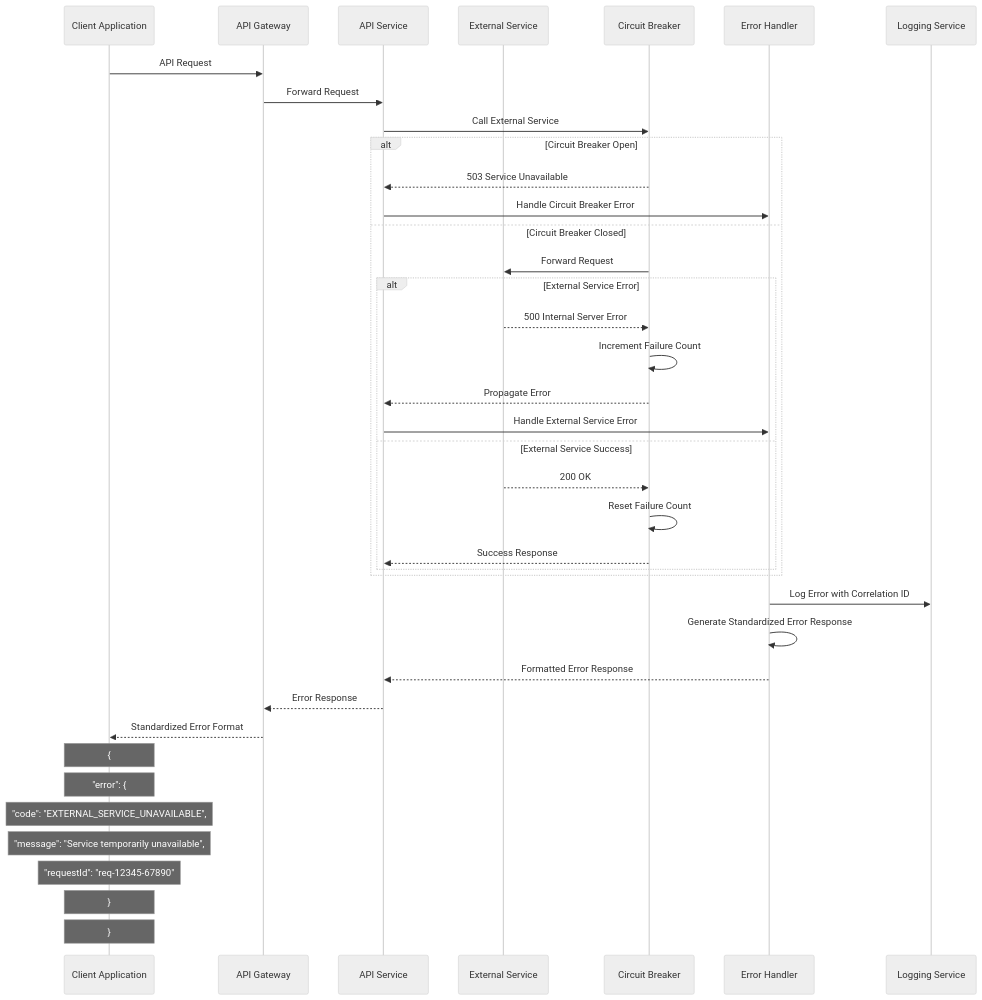
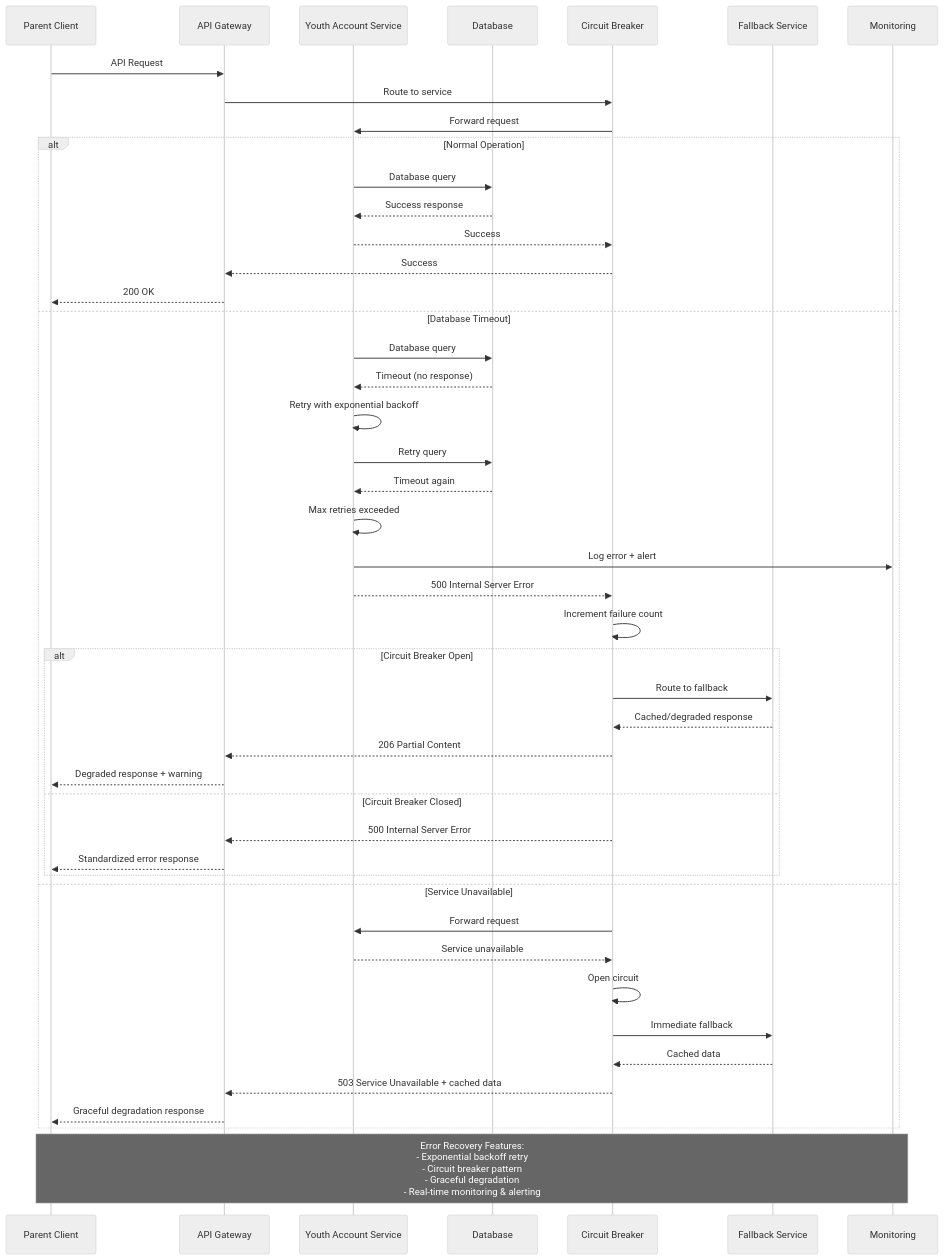
Before and after one commit to ThapaswiASC/SCIB-INCEPTION-PHASE-DEMO: the seventh of 7 diagrams in API Development/Components and Sequence Diagrams/sequence_diagram.md, drawn with Mermaid (neutral theme). The commit also changed other lines of this file and 1 other file, not shown here.

````diff
--- a/API Development/Components and Sequence Diagrams/sequence_diagram.md
+++ b/API Development/Components and Sequence Diagrams/sequence_diagram.md
@@ -232,48 +372,56 @@
 ```mermaid
 sequenceDiagram
-    participant Client as Client Application
-    participant APIGateway as API Gateway
-    participant APIService as API Service
-    participant ExternalSvc as External Service
+    participant Client as Parent Client
+    participant Gateway as API Gateway
+    participant Service as Youth Account Service
+    participant DB as Database
     participant CircuitBreaker as Circuit Breaker
-    participant ErrorHandler as Error Handler
-    participant LoggingService as Logging Service
-
-    Client->>APIGateway: API Request
-    APIGateway->>APIService: Forward Request
+    participant Fallback as Fallback Service
+    participant Monitor as Monitoring
     
-    APIService->>CircuitBreaker: Call External Service
+    Client->>Gateway: API Request
+    Gateway->>CircuitBreaker: Route to service
+    CircuitBreaker->>Service: Forward request
     
-    alt Circuit Breaker Open
-        CircuitBreaker-->>APIService: 503 Service Unavailable
-        APIService->>ErrorHandler: Handle Circuit Breaker Error
-    else Circuit Breaker Closed
-        CircuitBreaker->>ExternalSvc: Forward Request
+    alt Normal Operation
+        Service->>DB: Database query
+        DB-->>Service: Success response
+        Service-->>CircuitBreaker: Success
+        CircuitBreaker-->>Gateway: Success
+        Gateway-->>Client: 200 OK
         
-        alt External Service Error
-            ExternalSvc-->>CircuitBreaker: 500 Internal Server Error
-            CircuitBreaker->>CircuitBreaker: Increment Failure Count
-            CircuitBreaker-->>APIService: Propagate Error
-            APIService->>ErrorHandler: Handle External Service Error
-        else External Service Success
-            ExternalSvc-->>CircuitBreaker: 200 OK
-            CircuitBreaker->>CircuitBreaker: Reset Failure Count
-            CircuitBreaker-->>APIService: Success Response
+    else Database Timeout
+        Service->>DB: Database query
+        DB-->>Service: Timeout (no response)
+        Service->>Service: Retry with exponential backoff
+        Service->>DB: Retry query
+        DB-->>Service: Timeout again
+        Service->>Service: Max retries exceeded
+        
+        Service->>Monitor: Log error + alert
+        Service-->>CircuitBreaker: 500 Internal Server Error
+        CircuitBreaker->>CircuitBreaker: Increment failure count
+        
+        alt Circuit Breaker Open
+            CircuitBreaker->>Fallback: Route to fallback
+            Fallback-->>CircuitBreaker: Cached/degraded response
+            CircuitBreaker-->>Gateway: 206 Partial Content
+            Gateway-->>Client: Degraded response + warning
+            
+        else Circuit Breaker Closed
+            CircuitBreaker-->>Gateway: 500 Internal Server Error
+            Gateway-->>Client: Standardized error response
         end
+        
+    else Service Unavailable
+        CircuitBreaker->>Service: Forward request
+        Service-->>CircuitBreaker: Service unavailable
+        CircuitBreaker->>CircuitBreaker: Open circuit
+        CircuitBreaker->>Fallback: Immediate fallback
+        Fallback-->>CircuitBreaker: Cached data
+        CircuitBreaker-->>Gateway: 503 Service Unavailable + cached data
+        Gateway-->>Client: Graceful degradation response
     end
     
-    ErrorHandler->>LoggingService: Log Error with Correlation ID
-    ErrorHandler->>ErrorHandler: Generate Standardized Error Response
-    
-    ErrorHandler-->>APIService: Formatted Error Response
-    APIService-->>APIGateway: Error Response
-    APIGateway-->>Client: Standardized Error Format
-    
-    Note over Client: {
-    Note over Client:   "error": {
-    Note over Client:     "code": "EXTERNAL_SERVICE_UNAVAILABLE",
-    Note over Client:     "message": "Service temporarily unavailable",
-    Note over Client:     "requestId": "req-12345-67890"
-    Note over Client:   }
-    Note over Client: }
+    Note over Client,Monitor: Error Recovery Features:<br/>- Exponential backoff retry<br/>- Circuit breaker pattern<br/>- Graceful degradation<br/>- Real-time monitoring & alerting
 ```
````
